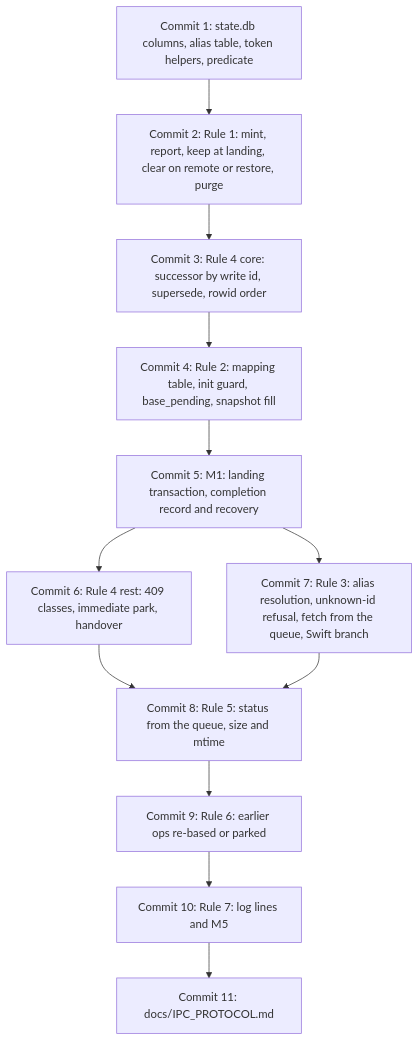
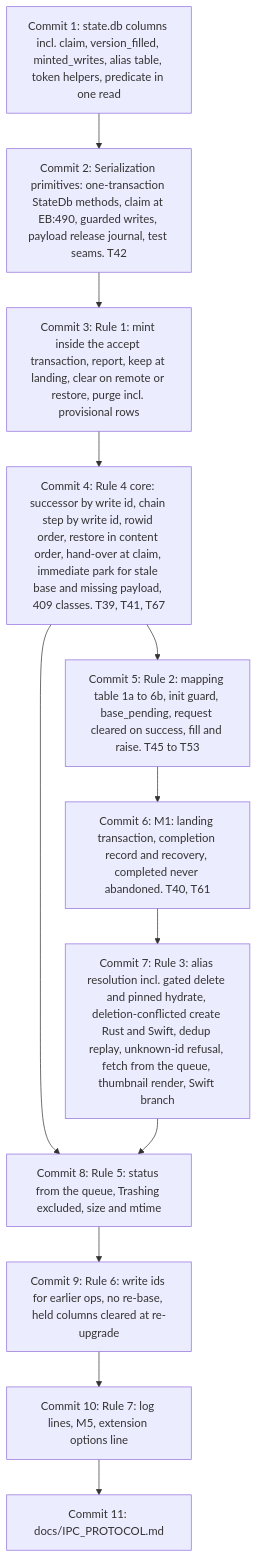
The fourth of 4 diagrams in docs/specs/2026-10-09-macos-finder-write-versions.md (beebeeb-io/desktop), drawn with Mermaid before and after one commit. The commit also changed other lines of this file, not shown here.

First line of the commit message:
docs: revise the Finder write-versions spec after its review (round 4b)

````diff
--- a/docs/specs/2026-10-09-macos-finder-write-versions.md
+++ b/docs/specs/2026-10-09-macos-finder-write-versions.md
@@ -750,14 +1219,14 @@
 ```mermaid
 flowchart TD
-    C1[Commit 1: state.db columns, alias table, token helpers, predicate] --> C2[Commit 2: Rule 1: mint, report, keep at landing, clear on remote or restore, purge]
-    C2 --> C3[Commit 3: Rule 4 core: successor by write id, supersede, rowid order]
-    C3 --> C4[Commit 4: Rule 2: mapping table, init guard, base_pending, snapshot fill]
-    C4 --> C5[Commit 5: M1: landing transaction, completion record and recovery]
-    C5 --> C6[Commit 6: Rule 4 rest: 409 classes, immediate park, handover]
-    C5 --> C7[Commit 7: Rule 3: alias resolution, unknown-id refusal, fetch from the queue, Swift branch]
-    C6 --> C8[Commit 8: Rule 5: status from the queue, size and mtime]
+    C1[Commit 1: state.db columns incl. claim, version_filled, minted_writes, alias table, token helpers, predicate in one read] --> C2[Commit 2: Serialization primitives: one-transaction StateDb methods, claim at EB:490, guarded writes, payload release journal, test seams. T42]
+    C2 --> C3[Commit 3: Rule 1: mint inside the accept transaction, report, keep at landing, clear on remote or restore, purge incl. provisional rows]
+    C3 --> C4[Commit 4: Rule 4 core: successor by write id, chain step by write id, rowid order, restore in content order, hand-over at claim, immediate park for stale base and missing payload, 409 classes. T39, T41, T67]
+    C4 --> C5[Commit 5: Rule 2: mapping table 1a to 6b, init guard, base_pending, request cleared on success, fill and raise. T45 to T53]
+    C5 --> C6[Commit 6: M1: landing transaction, completion record and recovery, completed never abandoned. T40, T61]
+    C6 --> C7[Commit 7: Rule 3: alias resolution incl. gated delete and pinned hydrate, deletion-conflicted create Rust and Swift, dedup replay, unknown-id refusal, fetch from the queue, thumbnail render, Swift branch]
+    C4 --> C8[Commit 8: Rule 5: status from the queue, Trashing excluded, size and mtime]
     C7 --> C8
-    C8 --> C9[Commit 9: Rule 6: earlier ops re-based or parked]
-    C9 --> C10[Commit 10: Rule 7: log lines and M5]
+    C8 --> C9[Commit 9: Rule 6: write ids for earlier ops, no re-base, held columns cleared at re-upgrade]
+    C9 --> C10[Commit 10: Rule 7: log lines, M5, extension options line]
     C10 --> C11[Commit 11: docs/IPC_PROTOCOL.md]
 ```
````
